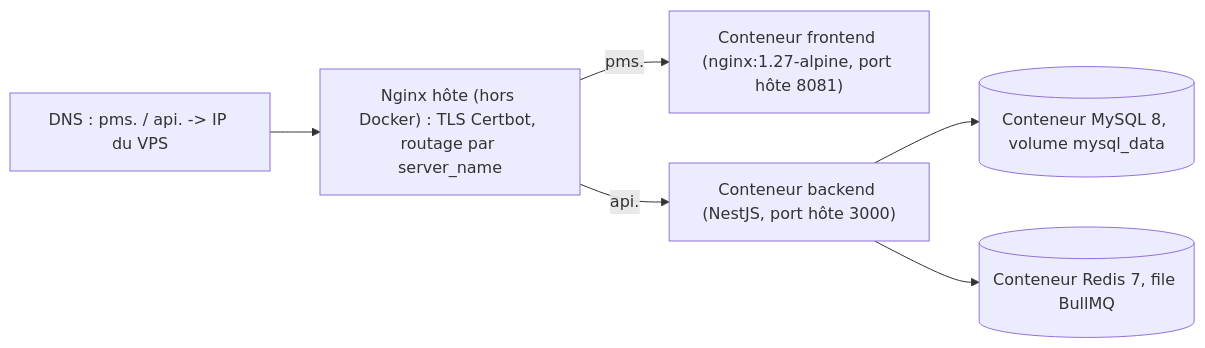
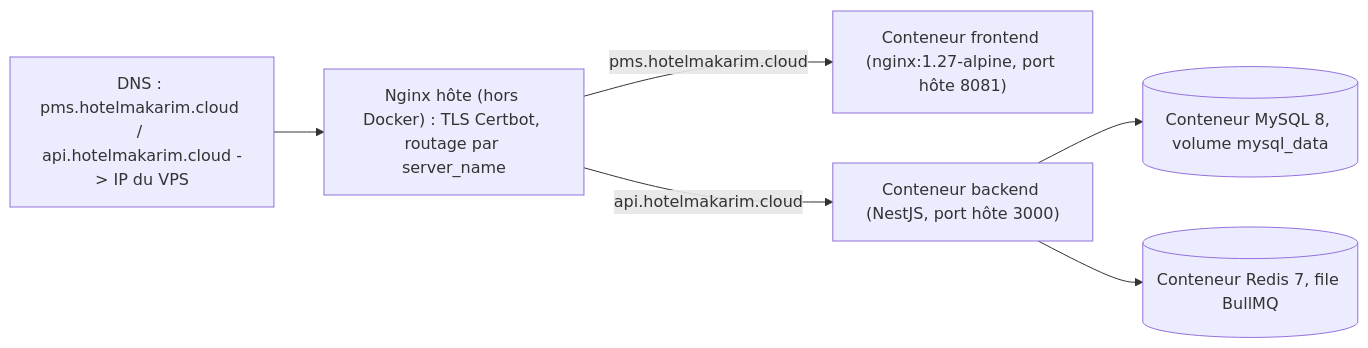
Before and after one commit to fasopost2965/MakarimPMS: the diagram in docs/operations/OPERATIONS_RUNBOOK.md, drawn with Mermaid. The commit also changed other lines of this file and 49 other files, not shown here.

First line of the commit message:
CH-055/056/057/058 — Upload photo maintenance, module Restaurant (WIP), refonte visuelle + logo, préparation déploiement hotelmakarim.cloud

````diff
--- a/docs/operations/OPERATIONS_RUNBOOK.md
+++ b/docs/operations/OPERATIONS_RUNBOOK.md
@@ -21,8 +21,8 @@
 ```mermaid
 flowchart LR
-    DNS["DNS : pms.<domaine> / api.<domaine> -> IP du VPS"] --> NGX["Nginx hôte (hors Docker) : TLS Certbot, routage par server_name"]
-    NGX -->|"pms.<domaine>"| FE["Conteneur frontend (nginx:1.27-alpine, port hôte 8081)"]
-    NGX -->|"api.<domaine>"| BE["Conteneur backend (NestJS, port hôte 3000)"]
+    DNS["DNS : pms.hotelmakarim.cloud / api.hotelmakarim.cloud -> IP du VPS"] --> NGX["Nginx hôte (hors Docker) : TLS Certbot, routage par server_name"]
+    NGX -->|"pms.hotelmakarim.cloud"| FE["Conteneur frontend (nginx:1.27-alpine, port hôte 8081)"]
+    NGX -->|"api.hotelmakarim.cloud"| BE["Conteneur backend (NestJS, port hôte 3000)"]
     BE --> DB[("Conteneur MySQL 8, volume mysql_data")]
     BE --> Cache[("Conteneur Redis 7, file BullMQ")]
 ```
````
